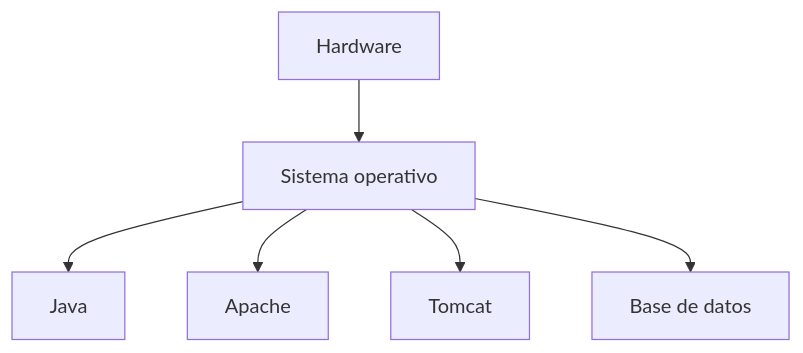
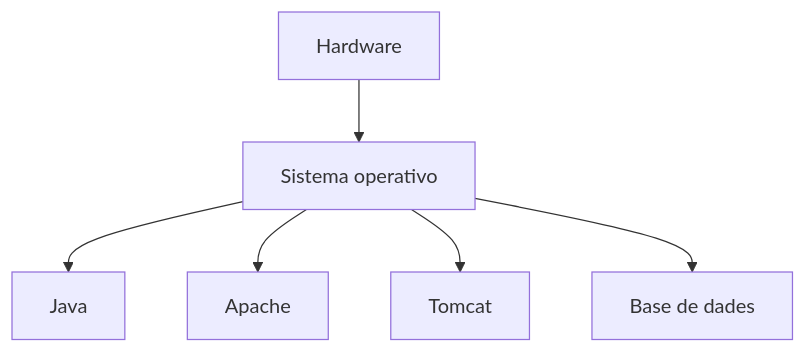
Before and after one commit to jordicido/jordicina: the first of 12 diagrams in docs/daw-daw/up3/09-virtualizacion-contenedores-nube.md, drawn with Mermaid. The commit also changed other lines of this file and 10 other files, not shown here.

````diff
--- a/docs/daw-daw/up3/09-virtualizacion-contenedores-nube.md
+++ b/docs/daw-daw/up3/09-virtualizacion-contenedores-nube.md
@@ -50,8 +50,8 @@
 ```mermaid
 flowchart TD
     H["Hardware"] --> OS["Sistema operativo"]
     OS --> J["Java"]
     OS --> A["Apache"]
     OS --> T["Tomcat"]
-    OS --> DB["Base de datos"]
+    OS --> DB["Base de dades"]
 ```
````
